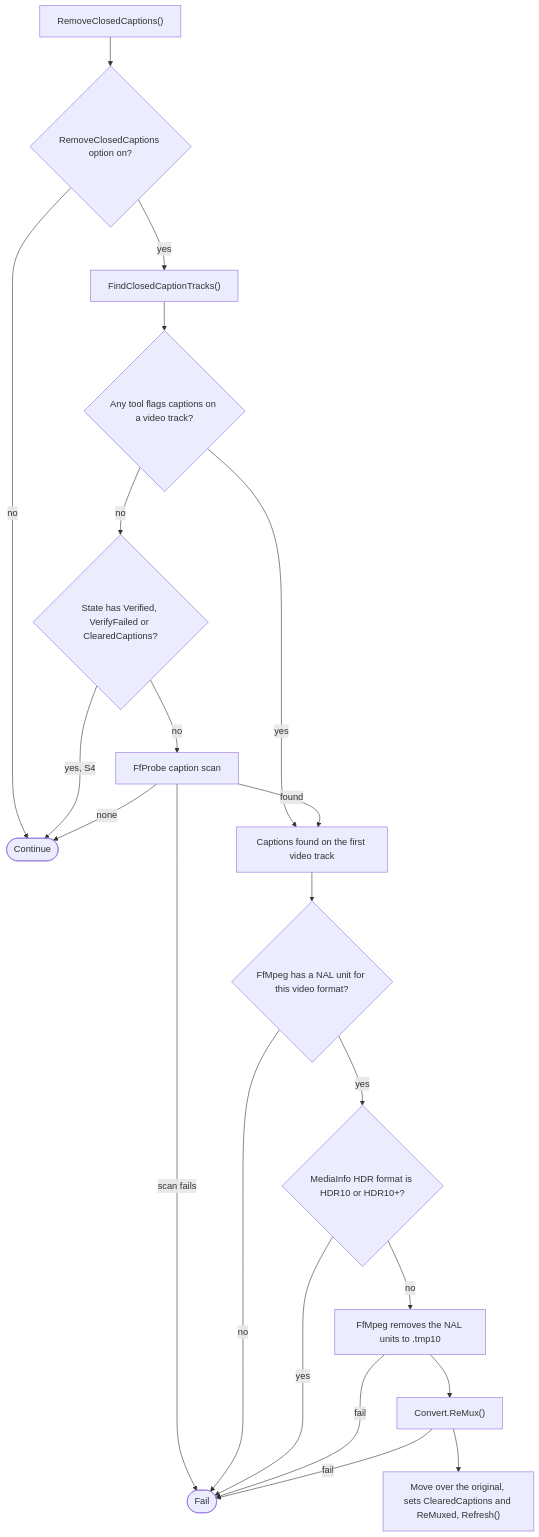
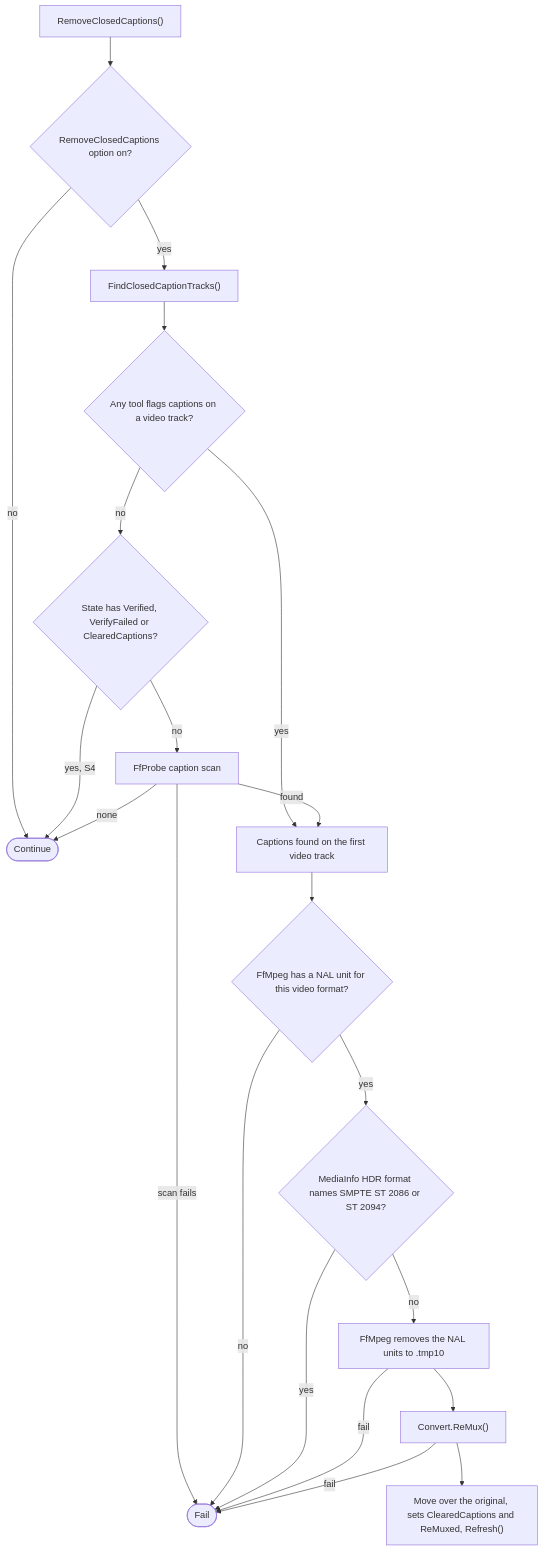
Before and after one commit to ptr727/PlexCleaner: the seventh of 11 diagrams in ARCHITECTURE.md, drawn with Mermaid. The commit also changed other lines of this file, not shown here.

First line of the commit message:
State the HDR Caption Refusal and the Verify-Off Retry Exactly

````diff
--- a/ARCHITECTURE.md
+++ b/ARCHITECTURE.md
@@ -509,23 +509,23 @@
 ```mermaid
 flowchart TD
   A0["RemoveClosedCaptions()"] --> A1{"RemoveClosedCaptions option on?"}
   A1 -->|no| AOK(["Continue"])
   A1 -->|yes| F0["FindClosedCaptionTracks()"]
   F0 --> F1{"Any tool flags captions on a video track?"}
   F1 -->|yes| FOUND
   F1 -->|no| F2{"State has Verified, VerifyFailed or ClearedCaptions?"}
   F2 -->|"yes, S4"| AOK
   F2 -->|no| F3["FfProbe caption scan"]
   F3 -->|scan fails| FAIL(["Fail"])
   F3 -->|none| AOK
   F3 -->|found| FOUND["Captions found on the first video track"]
   FOUND --> C1{"FfMpeg has a NAL unit for this video format?"}
   C1 -->|no| FAIL
-  C1 -->|yes| C2{"MediaInfo HDR format is HDR10 or HDR10+?"}
+  C1 -->|yes| C2{"MediaInfo HDR format names SMPTE ST 2086 or ST 2094?"}
   C2 -->|yes| FAIL
   C2 -->|no| C3["FfMpeg removes the NAL units to .tmp10"]
   C3 -->|fail| FAIL
   C3 --> C4["Convert.ReMux()"]
   C4 -->|fail| FAIL
   C4 --> C5["Move over the original, sets ClearedCaptions and ReMuxed, Refresh()"]
 ```
````
